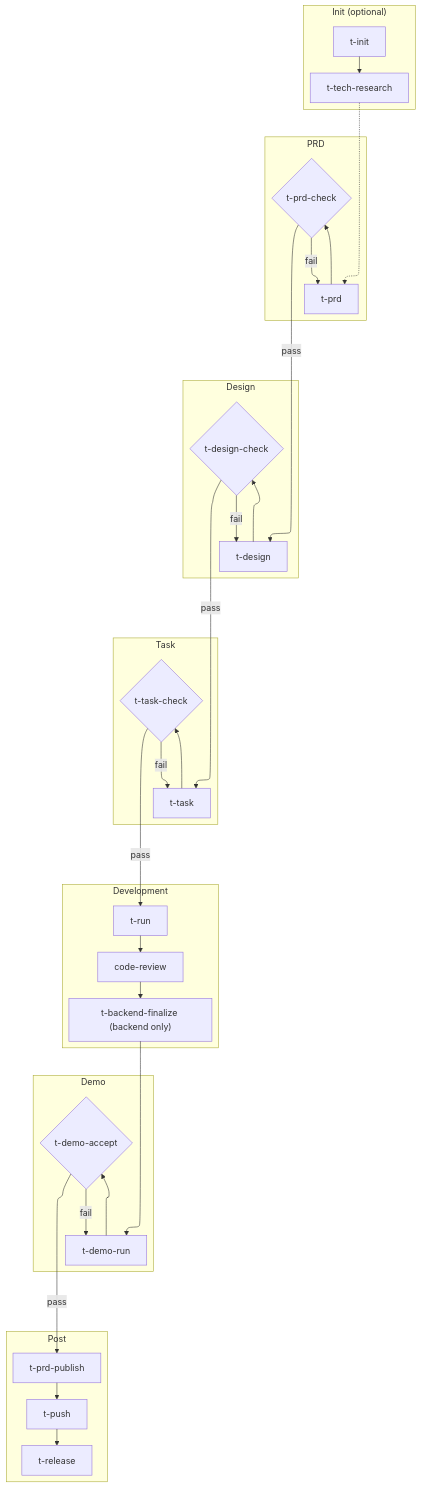
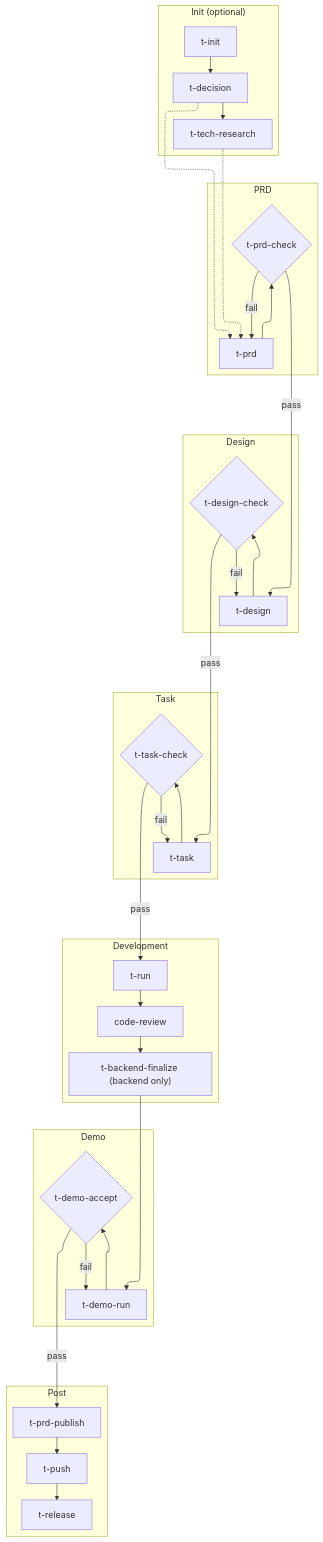
Before and after one commit to timzaak/web-dev-skills: the diagram in README.en.md, drawn with Mermaid. The commit also changed other lines of this file and 24 other files, not shown here.

First line of the commit message:
Add t-decision product decision gate before tech-research and PRD

````diff
--- a/README.en.md
+++ b/README.en.md
@@ -80,44 +87,45 @@
 ```mermaid
 %%{init: {'flowchart': {'defaultRenderer': 'elk'}}}%%
 flowchart TD
     subgraph Init["Init (optional)"]
         direction LR
-        A1["t-init"] --> A2["t-tech-research"]
+        A1["t-init"] --> A2["t-decision"] --> A3["t-tech-research"]
     end
 
     subgraph PRD["PRD"]
         B1["t-prd"] --> B2{"t-prd-check"}
         B2 -->|fail| B1
     end
 
     subgraph Design["Design"]
         C1["t-design"] --> C2{"t-design-check"}
         C2 -->|fail| C1
     end
 
     subgraph Task["Task"]
         D1["t-task"] --> D2{"t-task-check"}
         D2 -->|fail| D1
     end
 
     subgraph Dev["Development"]
         E1["t-run"] --> E2["code-review"]
         E2 --> E3["t-backend-finalize (backend only)"]
     end
 
     subgraph Demo["Demo"]
         F1["t-demo-run"] --> F2{"t-demo-accept"}
         F2 -->|fail| F1
     end
 
     subgraph Post["Post"]
         G1["t-prd-publish"] --> G2["t-push"] --> G3["t-release"]
     end
 
     A2 -.-> B1
+    A3 -.-> B1
     B2 -->|pass| C1
     C2 -->|pass| D1
     D2 -->|pass| E1
     E3 --> F1
     F2 -->|pass| G1
 ```
````
